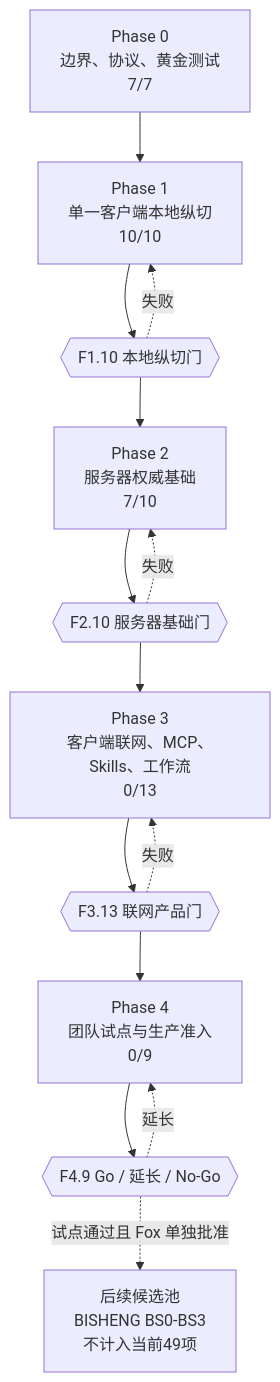
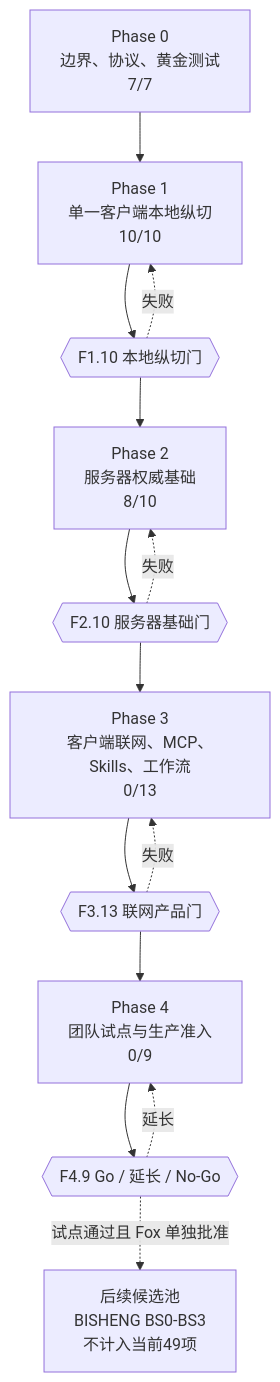
One commit to xingranya/fox changed the first of 6 diagrams in docs/plan/dependency-graph.md. Above: the diagram before and after it, drawn with Mermaid. The commit also changed other lines of this file and 24 other files, not shown here.

````diff
--- a/docs/plan/dependency-graph.md
+++ b/docs/plan/dependency-graph.md
@@ -5,20 +5,20 @@
 ```mermaid
 flowchart TD
     P0["Phase 0\n边界、协议、黄金测试\n7/7"]
     P1["Phase 1\n单一客户端本地纵切\n10/10"]
     G1{{"F1.10 本地纵切门"}}
-    P2["Phase 2\n服务器权威基础\n7/10"]
+    P2["Phase 2\n服务器权威基础\n8/10"]
     G2{{"F2.10 服务器基础门"}}
     P3["Phase 3\n客户端联网、MCP、Skills、工作流\n0/13"]
     G3{{"F3.13 联网产品门"}}
     P4["Phase 4\n团队试点与生产准入\n0/9"]
     G4{{"F4.9 Go / 延长 / No-Go"}}
     BS["后续候选池\nBISHENG BS0-BS3\n不计入当前49项"]
 
     P0 --> P1 --> G1 --> P2 --> G2 --> P3 --> G3 --> P4 --> G4
     G4 -. "试点通过且 Fox 单独批准" .-> BS
     G1 -. "失败" .-> P1
     G2 -. "失败" .-> P2
     G3 -. "失败" .-> P3
     G4 -. "延长" .-> P4
 ```
````
